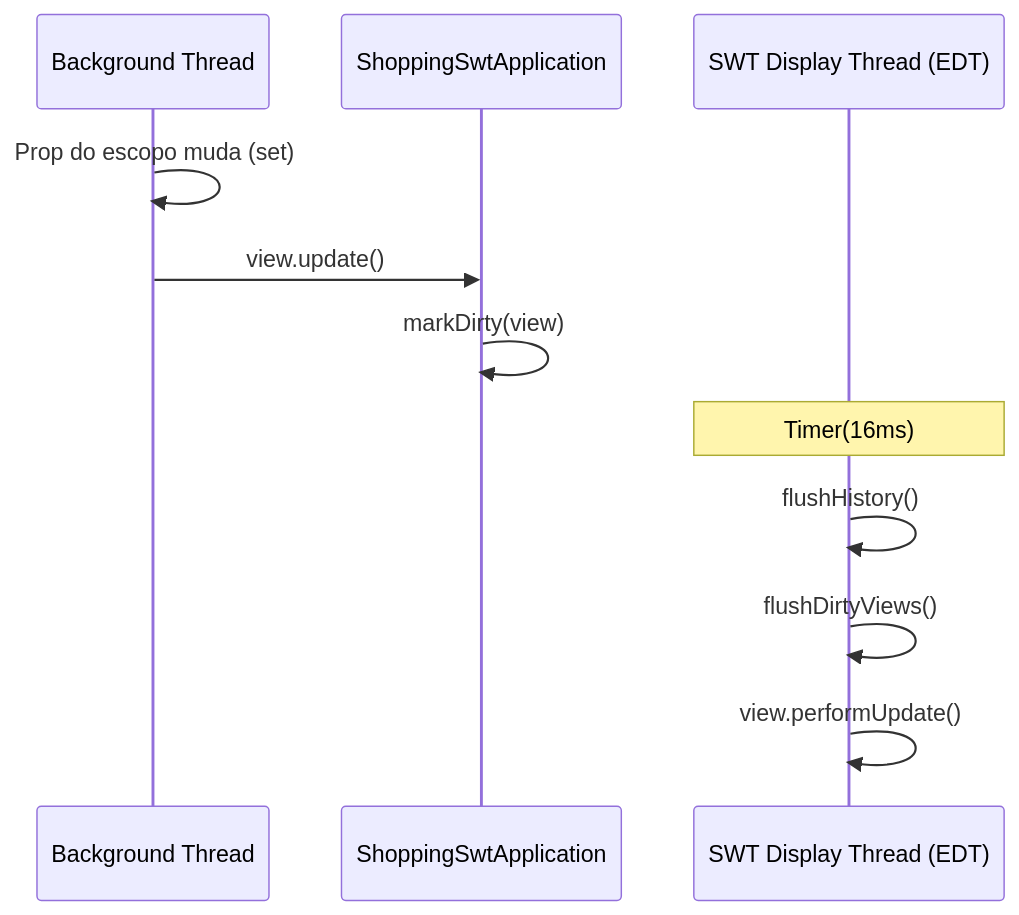
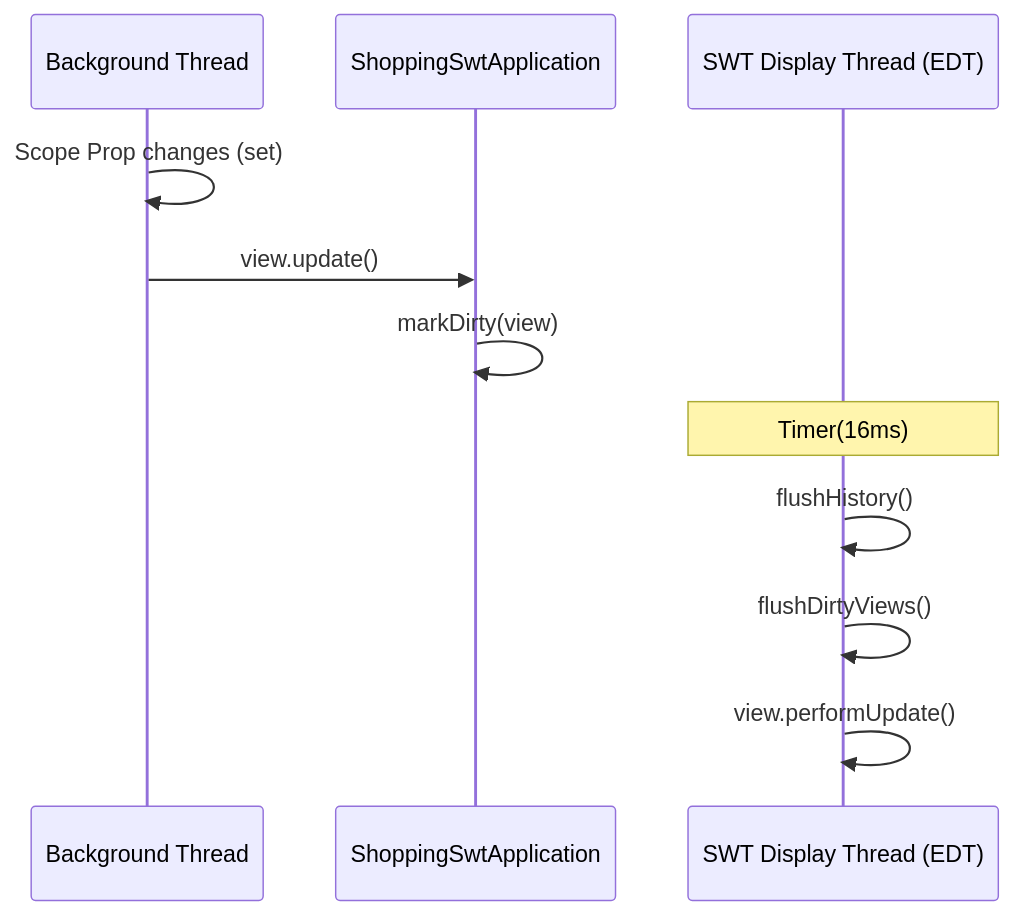
The second of 3 diagrams in fontes/br.com.wdc.shopping/br.com.wdc.shopping.view.swt/README.md (mrcdom/wdc-cube-java-v2), drawn with Mermaid before and after one commit. The commit also changed other lines of this file and 69 other files, not shown here.

````diff
--- a/fontes/br.com.wdc.shopping/br.com.wdc.shopping.view.swt/README.md
+++ b/fontes/br.com.wdc.shopping/br.com.wdc.shopping.view.swt/README.md
@@ -20,14 +20,14 @@
 ```mermaid
 sequenceDiagram
     participant BG as Background Thread
     participant App as ShoppingSwtApplication
     participant EDT as SWT Display Thread (EDT)
 
-    BG->>BG: Prop do escopo muda (set)
+    BG->>BG: Scope Prop changes (set)
     BG->>App: view.update()
     App->>App: markDirty(view)
     Note over EDT: Timer(16ms)
     EDT->>EDT: flushHistory()
     EDT->>EDT: flushDirtyViews()
     EDT->>EDT: view.performUpdate()
 ```
````
